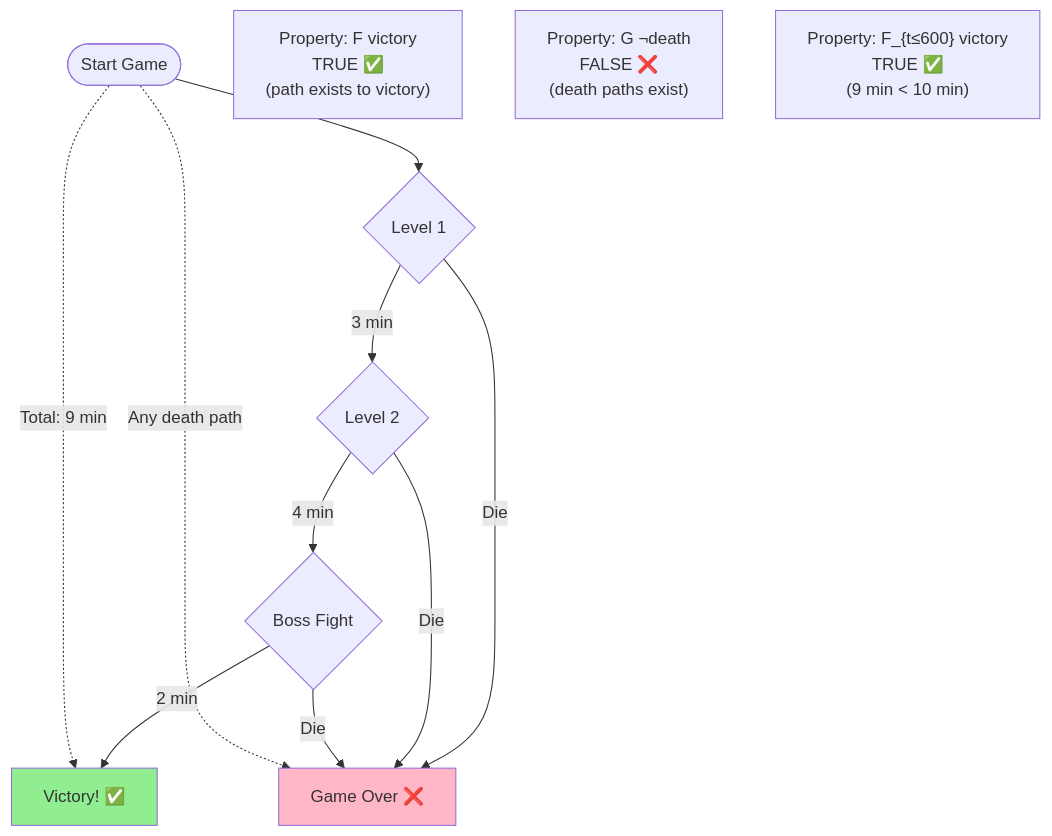
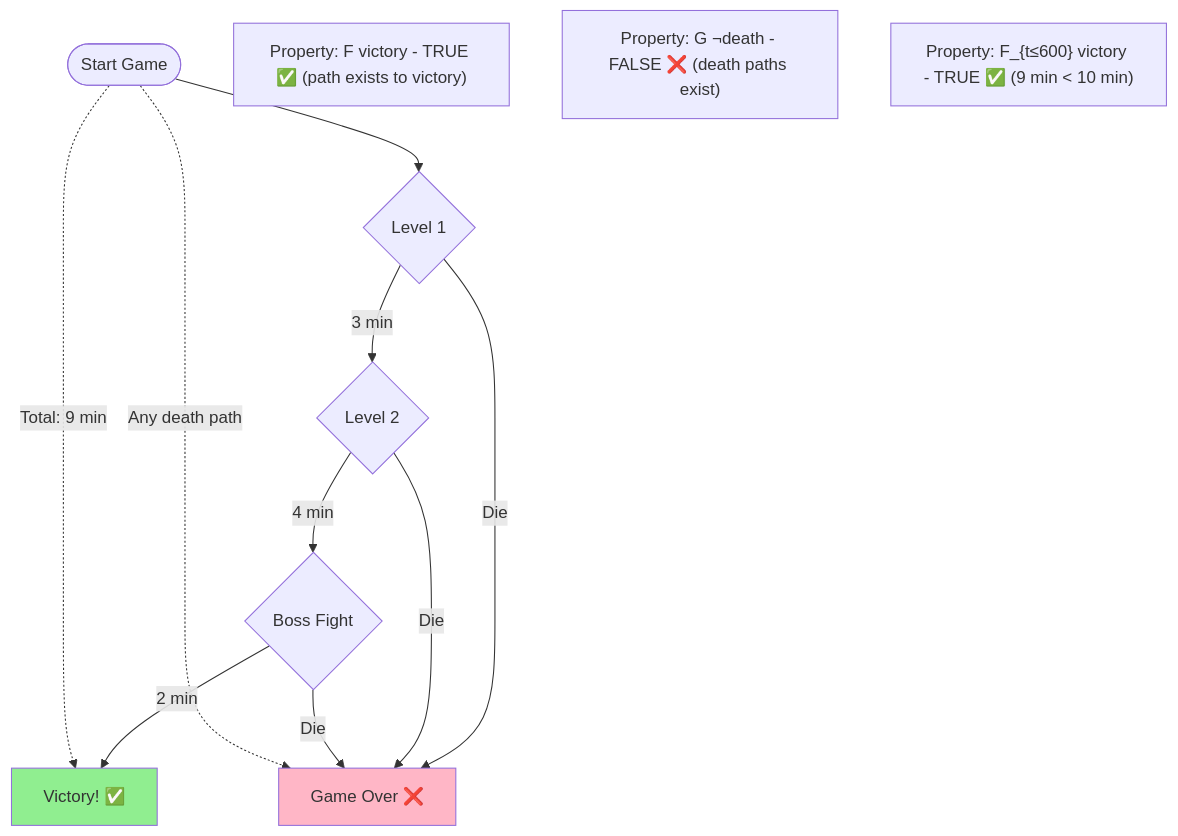
The sixth of 9 diagrams in research/ai_futures/eli/15_years_old.md (bhi5hmaraj/ai-risk-ttx), drawn with Mermaid before and after one commit. The commit also changed other lines of this file and 8 other files, not shown here.

First line of the commit message:
fix: Remove all <br/> tags from Mermaid diagrams and add validation

````diff
--- a/research/ai_futures/eli/15_years_old.md
+++ b/research/ai_futures/eli/15_years_old.md
@@ -269,22 +269,22 @@
 ```mermaid
 graph TD
     Start([Start Game]) --> Level1{Level 1}
     Level1 -->|3 min| Level2{Level 2}
     Level1 -->|Die| Death[Game Over ❌]
 
     Level2 -->|4 min| Boss{Boss Fight}
     Level2 -->|Die| Death
 
     Boss -->|2 min| Victory[Victory! ✅]
     Boss -->|Die| Death
 
     Start -.->|"Total: 9 min"| Victory
     Start -.->|"Any death path"| Death
 
     style Victory fill:#90EE90
     style Death fill:#FFB6C6
 
-    note1["Property: F victory<br/>TRUE ✅<br/>(path exists to victory)"]
-    note2["Property: G ¬death<br/>FALSE ❌<br/>(death paths exist)"]
-    note3["Property: F_{t≤600} victory<br/>TRUE ✅<br/>(9 min < 10 min)"]
+    note1["Property: F victory - TRUE ✅ (path exists to victory)"]
+    note2["Property: G ¬death - FALSE ❌ (death paths exist)"]
+    note3["Property: F_{t≤600} victory - TRUE ✅ (9 min < 10 min)"]
 ```
````
